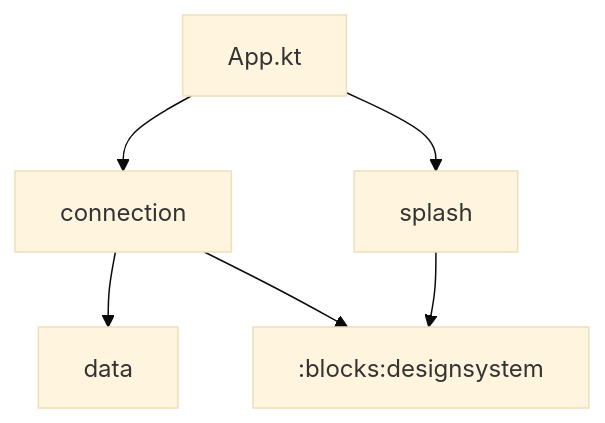
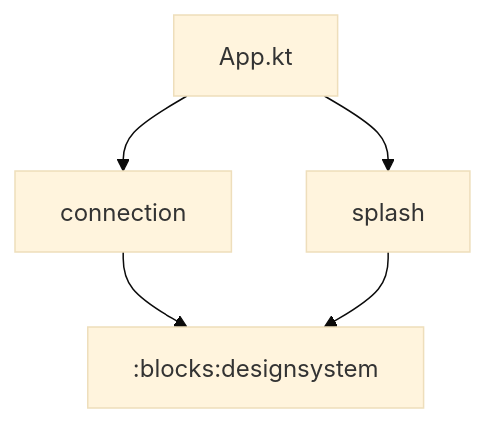
One commit to allco/transmission-client changed the diagram in docs/adr/ADR-1-feature-packages-and-file-layout.md. Above: the diagram before and after it, drawn with Mermaid (base theme). The commit also changed other lines of this file and 6 other files, not shown here.

First line of the commit message:
Move the data package into the connection feature

````diff
--- a/docs/adr/ADR-1-feature-packages-and-file-layout.md
+++ b/docs/adr/ADR-1-feature-packages-and-file-layout.md
@@ -56,8 +58,7 @@
 ```mermaid
 flowchart TD
     App[App.kt] --> connection
     App --> splash
-    connection --> data
     connection --> designsystem[":blocks:designsystem"]
     splash --> designsystem
 ```
````
